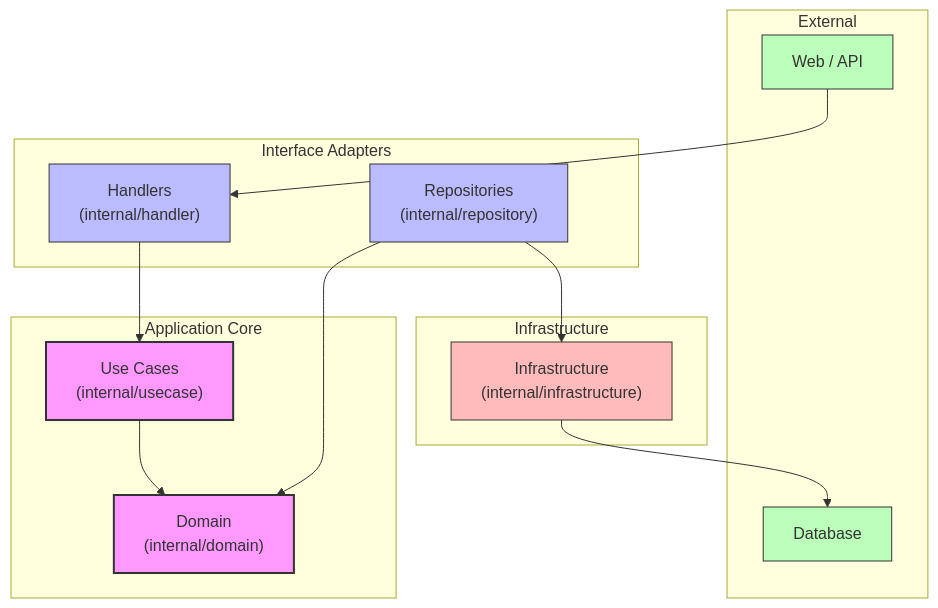
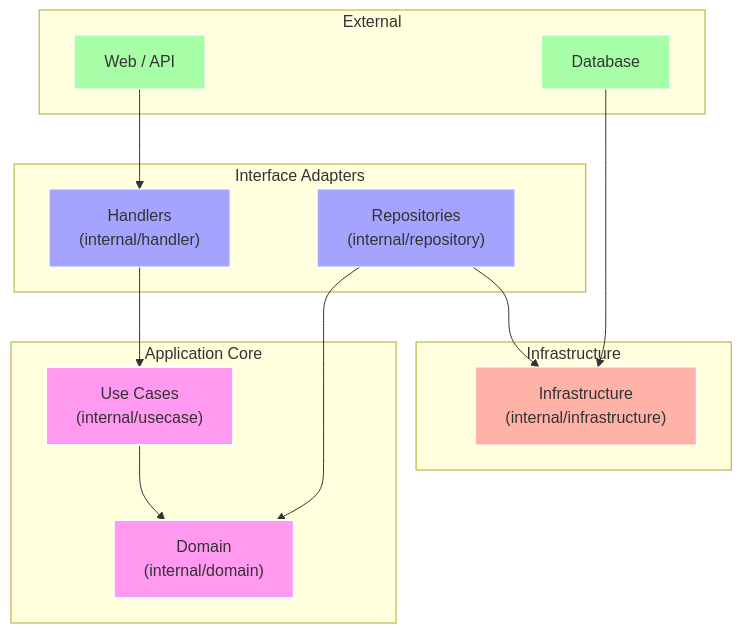
Before and after one commit to ohta-rh/go-backend-boilerplate: the first of 6 diagrams in README.md, drawn with Mermaid. The commit also changed other lines of this file, not shown here.

````diff
--- a/README.md
+++ b/README.md
@@ -13,38 +13,38 @@
 ```mermaid
 graph TD
     subgraph "External"
         Web["Web / API"]
         DB["Database"]
     end
     
     subgraph "Interface Adapters"
         H["Handlers<br/>(internal/handler)"]
         R["Repositories<br/>(internal/repository)"]
     end
     
     subgraph "Application Core"
         UC["Use Cases<br/>(internal/usecase)"]
         D["Domain<br/>(internal/domain)"]
     end
     
     subgraph "Infrastructure"
         I["Infrastructure<br/>(internal/infrastructure)"]
     end
     
     Web --> H
     H --> UC
     UC --> D
     R --> D
     R --> I
-    I --> DB
+    DB --> I
     
-    classDef core fill:#f9f,stroke:#333,stroke-width:2px;
-    classDef adapter fill:#bbf,stroke:#333,stroke-width:1px;
-    classDef external fill:#bfb,stroke:#333,stroke-width:1px;
-    classDef infra fill:#fbb,stroke:#333,stroke-width:1px;
+    classDef core fill:#ff9af0,stroke:#fff,stroke-width:2px;
+    classDef adapter fill:#a4a4ff,stroke:#fff,stroke-width:1px;
+    classDef external fill:#a8ffa8,stroke:#fff,stroke-width:1px;
+    classDef infra fill:#ffb2a8,stroke:#fff,stroke-width:1px;
     
     class D,UC core;
     class H,R adapter;
     class Web,DB external;
     class I infra;
 ```
````
